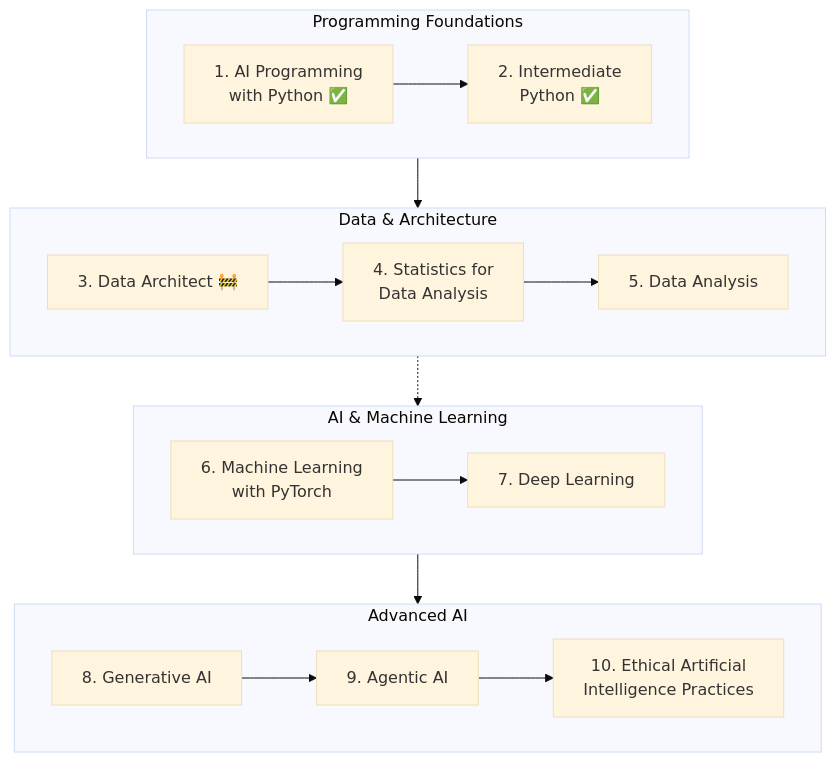
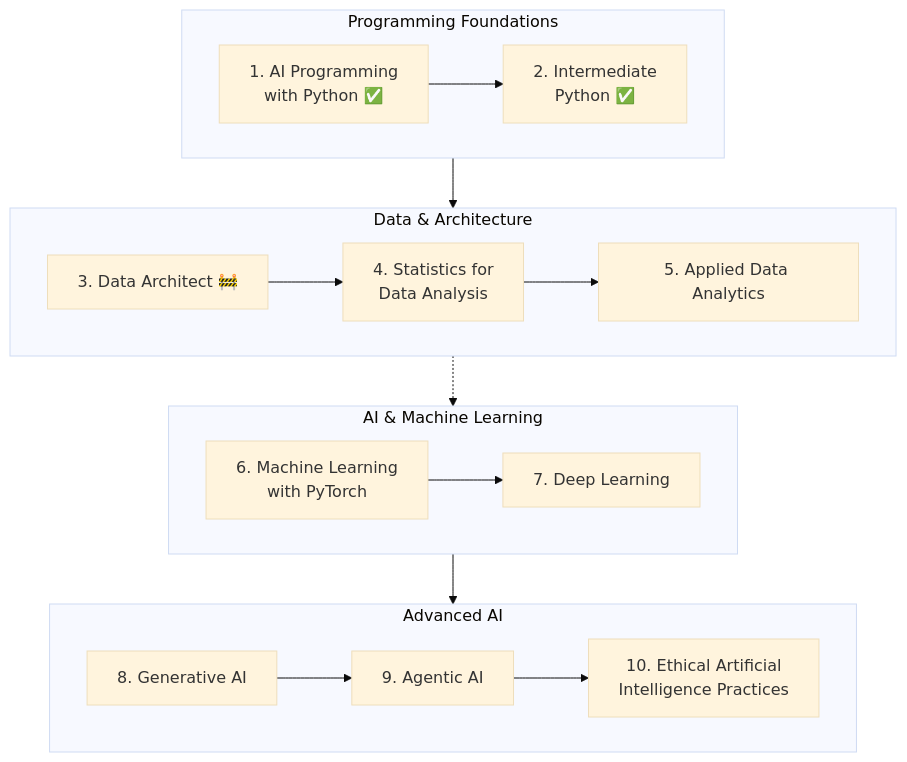
The diagram in README.md (SwimLane2/udacity-ai-masters), drawn with Mermaid (base theme) before and after one commit. The commit also changed other lines of this file, not shown here.

````diff
--- a/README.md
+++ b/README.md
@@ -40,50 +41,50 @@
 ```mermaid
 flowchart TB
 
  subgraph subGraph0["Programming Foundations"]
         A["1. AI Programming
 with Python ✅"]
 
         B["2. Intermediate
 Python ✅"]
  end
 
  subgraph subGraph1["Data & Architecture"]
         C["3. Data Architect 🚧"]
 
         D["4. Statistics for
 Data Analysis"]
 
-        E["5. Data Analysis"]
+        E["5. Applied Data Analytics"]
  end
 
  subgraph subGraph2["AI & Machine Learning"]
         F["6. Machine Learning
 with PyTorch"]
 
         G["7. Deep Learning"]
  end
 
  subgraph subGraph3["Advanced AI"]
         H["8. Generative AI"]
 
         I["9. Agentic AI"]
 
         J["10. Ethical Artificial
 Intelligence Practices"]
  end
 
     A --> B
 
     C --> D
     D --> E
 
     F --> G
 
     H --> I
     I --> J
 
     subGraph0 --> subGraph1
     subGraph1 -.-> subGraph2
     subGraph2 --> subGraph3
 ```
````
